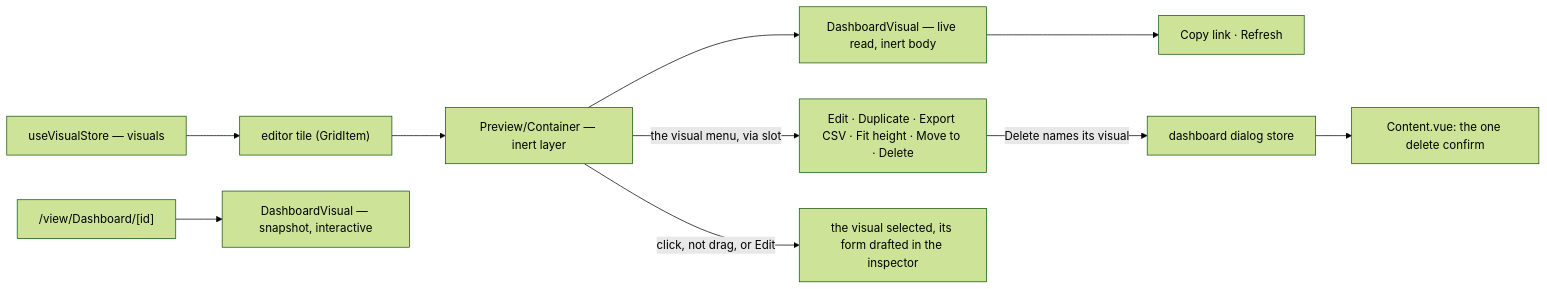
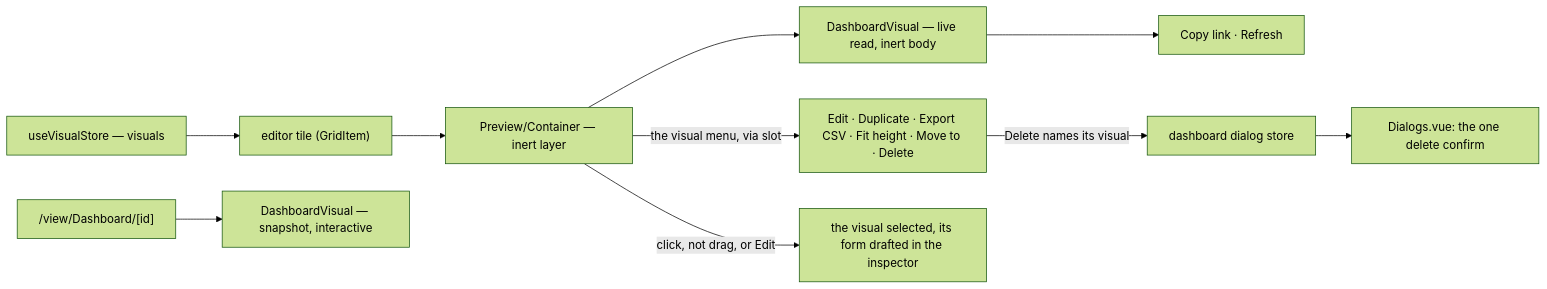
One commit to Esposter/Esposter changed the diagram in openspec/specs/resource/dashboard-live-canvas/design.md. Above: the diagram before and after it, drawn with Mermaid (forest theme). The commit also changed other lines of this file and 9 other files, not shown here.

````diff
--- a/openspec/specs/resource/dashboard-live-canvas/design.md
+++ b/openspec/specs/resource/dashboard-live-canvas/design.md
@@ -9,12 +9,12 @@
 ```mermaid
 flowchart LR
   STORE["useVisualStore — visuals"] --> TILE["editor tile (GridItem)"]
   TILE --> CONTAINER["Preview/Container — inert layer"]
   CONTAINER --> VIS["DashboardVisual — live read, inert body"]
   CONTAINER -->|"the visual menu, via slot"| CORNER["Edit · Duplicate · Export CSV · Fit height · Move to · Delete"]
   VIS --> CORNER2["Copy link · Refresh"]
   CONTAINER -->|"click, not drag, or Edit"| EDIT["the visual selected, its form drafted in the inspector"]
   CORNER -->|"Delete names its visual"| TARGET["dashboard dialog store"]
-  TARGET --> CONFIRM["Content.vue: the one delete confirm"]
+  TARGET --> CONFIRM["Dialogs.vue: the one delete confirm"]
   PUB["/view/Dashboard/[id]"] --> VIS2["DashboardVisual — snapshot, interactive"]
 ```
````
